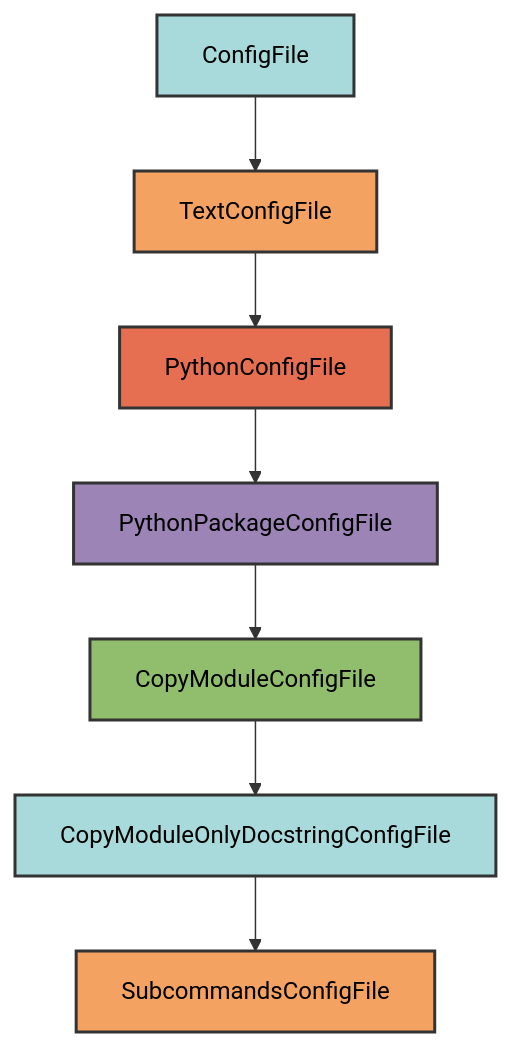
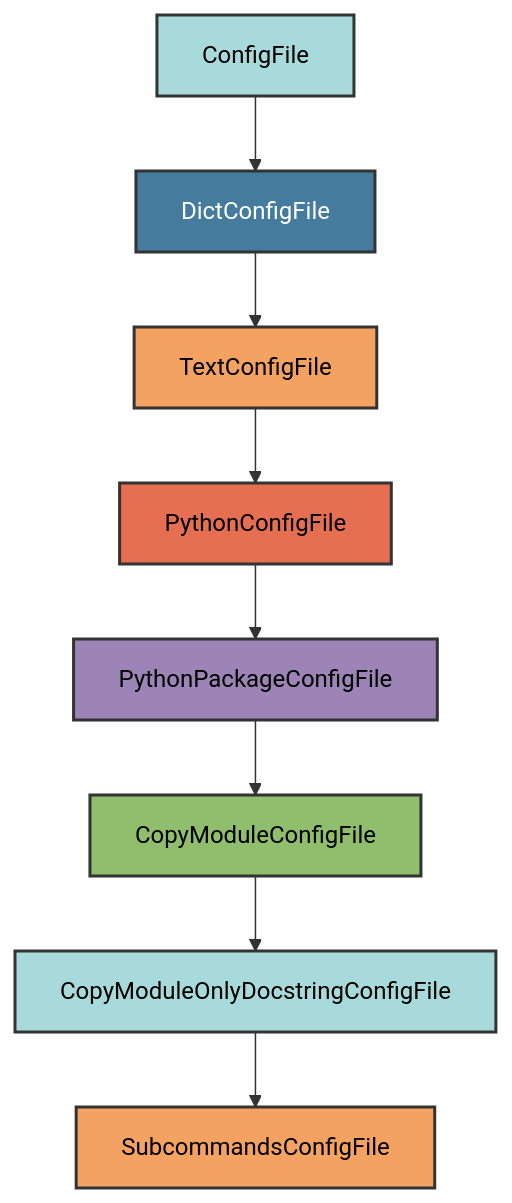
Before and after one commit to Winipedia/pyrig: the diagram in docs/configs/subcommands.md, drawn with Mermaid. The commit also changed other lines of this file and 21 other files, not shown here.

````diff
--- a/docs/configs/subcommands.md
+++ b/docs/configs/subcommands.md
@@ -16,17 +16,19 @@
 ```mermaid
 graph TD
-    A[ConfigFile] --> B[TextConfigFile]
-    B --> C[PythonConfigFile]
-    C --> D[PythonPackageConfigFile]
-    D --> E[CopyModuleConfigFile]
-    E --> F[CopyModuleOnlyDocstringConfigFile]
-    F --> G[SubcommandsConfigFile]
+    A[ConfigFile] --> B[DictConfigFile]
+    B --> C[TextConfigFile]
+    C --> D[PythonConfigFile]
+    D --> E[PythonPackageConfigFile]
+    E --> F[CopyModuleConfigFile]
+    F --> G[CopyModuleOnlyDocstringConfigFile]
+    G --> H[SubcommandsConfigFile]
 
     style A fill:#a8dadc,stroke:#333,stroke-width:2px,color:#000
-    style B fill:#f4a261,stroke:#333,stroke-width:2px,color:#000
-    style C fill:#e76f51,stroke:#333,stroke-width:2px,color:#000
-    style D fill:#9d84b7,stroke:#333,stroke-width:2px,color:#000
-    style E fill:#90be6d,stroke:#333,stroke-width:2px,color:#000
-    style F fill:#a8dadc,stroke:#333,stroke-width:2px,color:#000
-    style G fill:#f4a261,stroke:#333,stroke-width:2px,color:#000
+    style B fill:#457b9d,stroke:#333,stroke-width:2px,color:#fff
+    style C fill:#f4a261,stroke:#333,stroke-width:2px,color:#000
+    style D fill:#e76f51,stroke:#333,stroke-width:2px,color:#000
+    style E fill:#9d84b7,stroke:#333,stroke-width:2px,color:#000
+    style F fill:#90be6d,stroke:#333,stroke-width:2px,color:#000
+    style G fill:#a8dadc,stroke:#333,stroke-width:2px,color:#000
+    style H fill:#f4a261,stroke:#333,stroke-width:2px,color:#000
 ```
````
